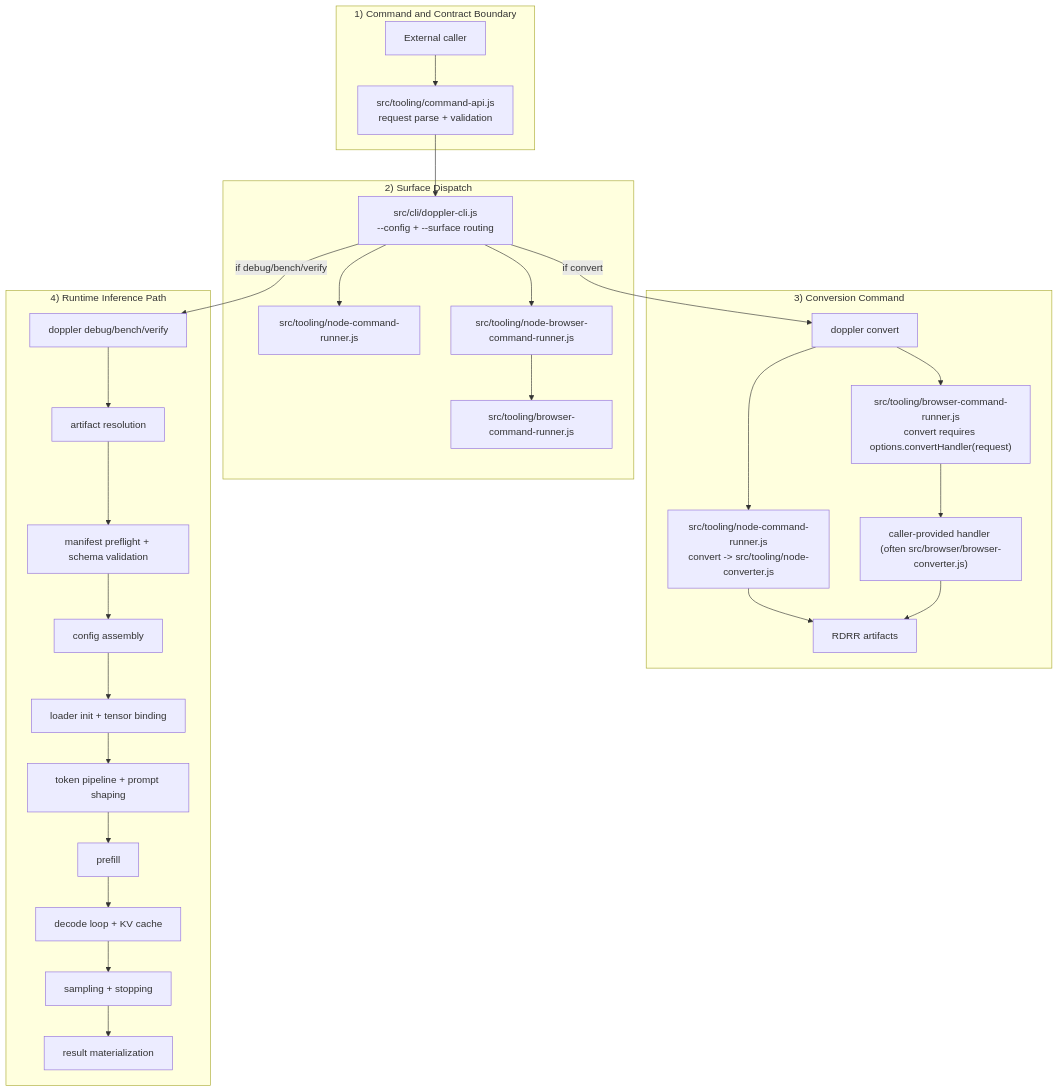
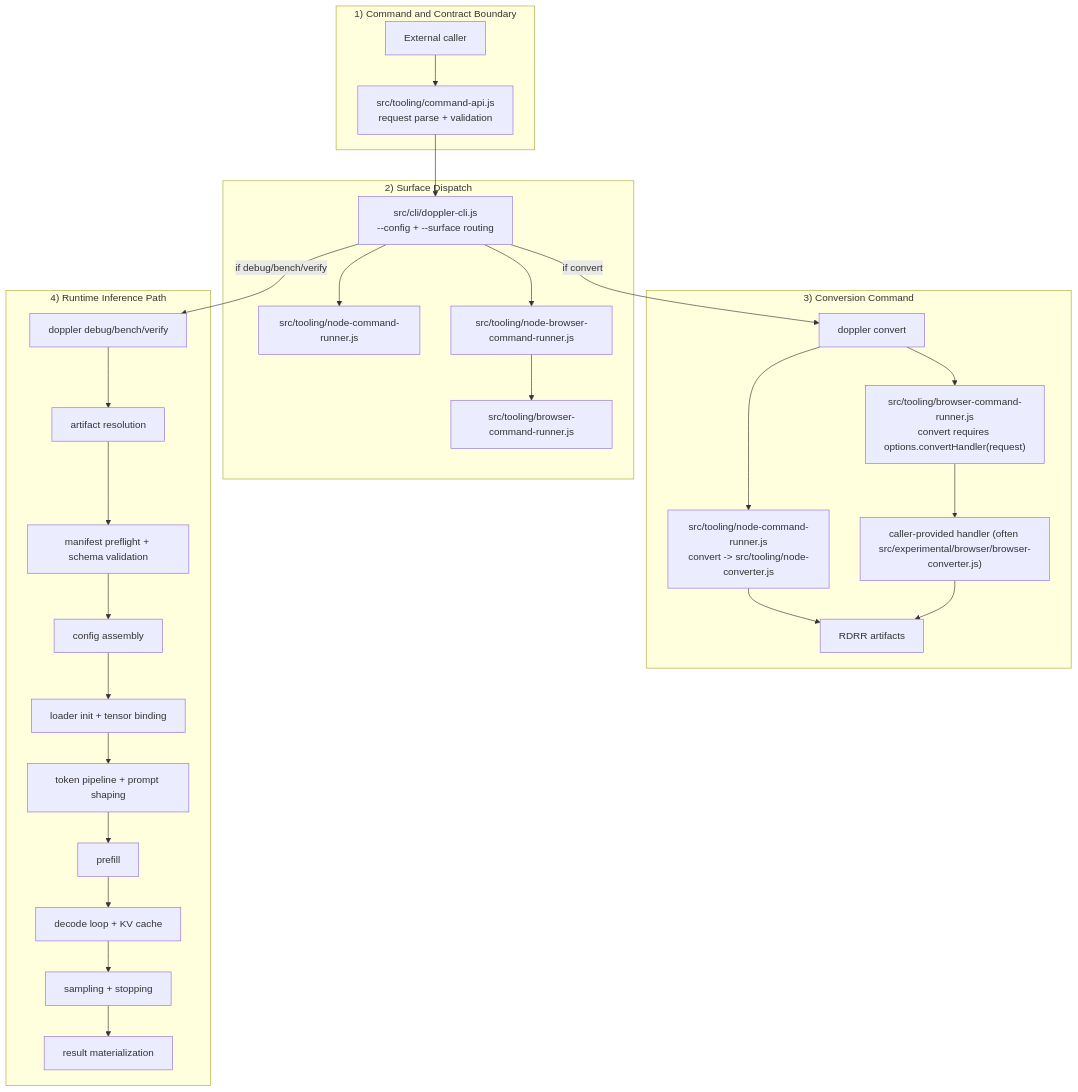
The diagram in docs/pipeline-contract.md (clocksmith/doppler), drawn with Mermaid before and after one commit. The commit also changed other lines of this file and 275 other files, not shown here.

````diff
--- a/docs/pipeline-contract.md
+++ b/docs/pipeline-contract.md
@@ -5,43 +5,43 @@
 ```mermaid
 flowchart TD
   subgraph Entry["1) Command and Contract Boundary"]
     A["External caller"]
     B["src/tooling/command-api.js\nrequest parse + validation"]
     A --> B
   end
 
   subgraph Dispatch["2) Surface Dispatch"]
     C["src/cli/doppler-cli.js\n--config + --surface routing"]
     D["src/tooling/node-command-runner.js"]
     E["src/tooling/node-browser-command-runner.js"]
     F["src/tooling/browser-command-runner.js"]
     B --> C --> D
     C --> E --> F
   end
 
   subgraph Conversion["3) Conversion Command"]
     CVT["doppler convert"]
     G["src/tooling/node-command-runner.js\nconvert -> src/tooling/node-converter.js"]
     H["src/tooling/browser-command-runner.js\nconvert requires options.convertHandler(request)"]
-    I["caller-provided handler (often src/browser/browser-converter.js)"]
+    I["caller-provided handler (often src/experimental/browser/browser-converter.js)"]
     RA["RDRR artifacts"]
     C -->|if convert| CVT
     CVT --> G --> RA
     CVT --> H --> I --> RA
   end
 
   subgraph Runtime["4) Runtime Inference Path"]
     RT0["doppler debug/bench/verify"]
     RT1["artifact resolution"]
     RT2["manifest preflight + schema validation"]
     RT3["config assembly"]
     RT4["loader init + tensor binding"]
     RT5["token pipeline + prompt shaping"]
     RT6["prefill"]
     RT7["decode loop + KV cache"]
     RT8["sampling + stopping"]
     RT9["result materialization"]
     C -->|if debug/bench/verify| RT0
     RT0 --> RT1 --> RT2 --> RT3 --> RT4 --> RT5 --> RT6 --> RT7 --> RT8 --> RT9
   end
 ```
````
